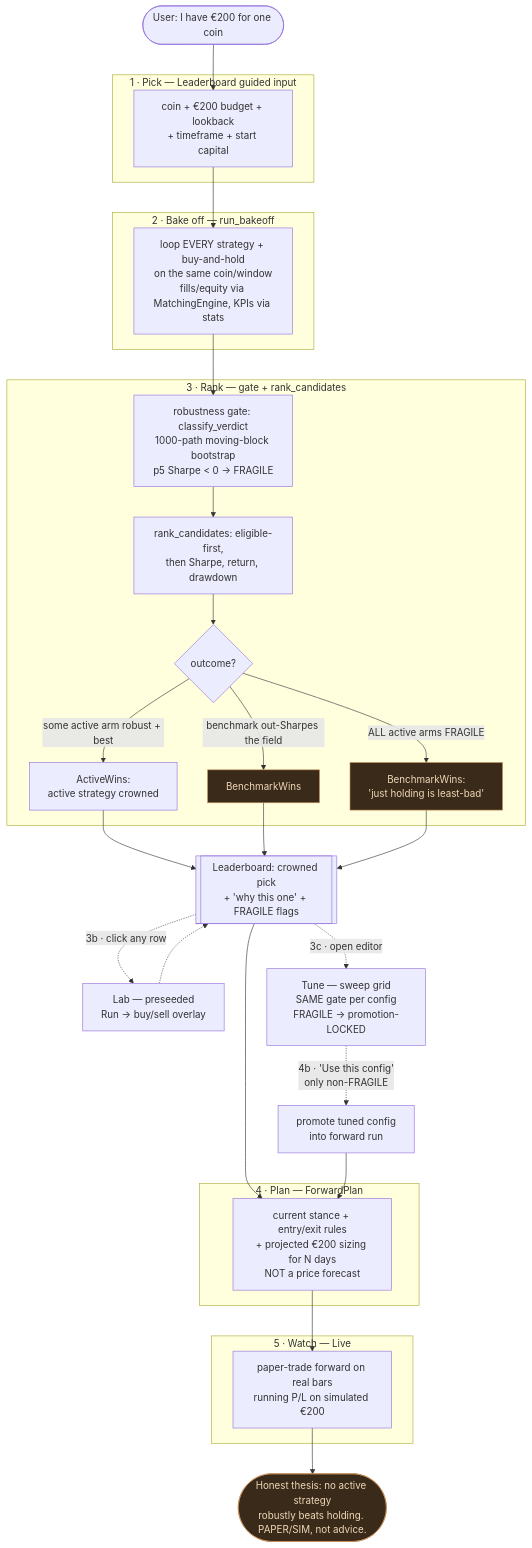
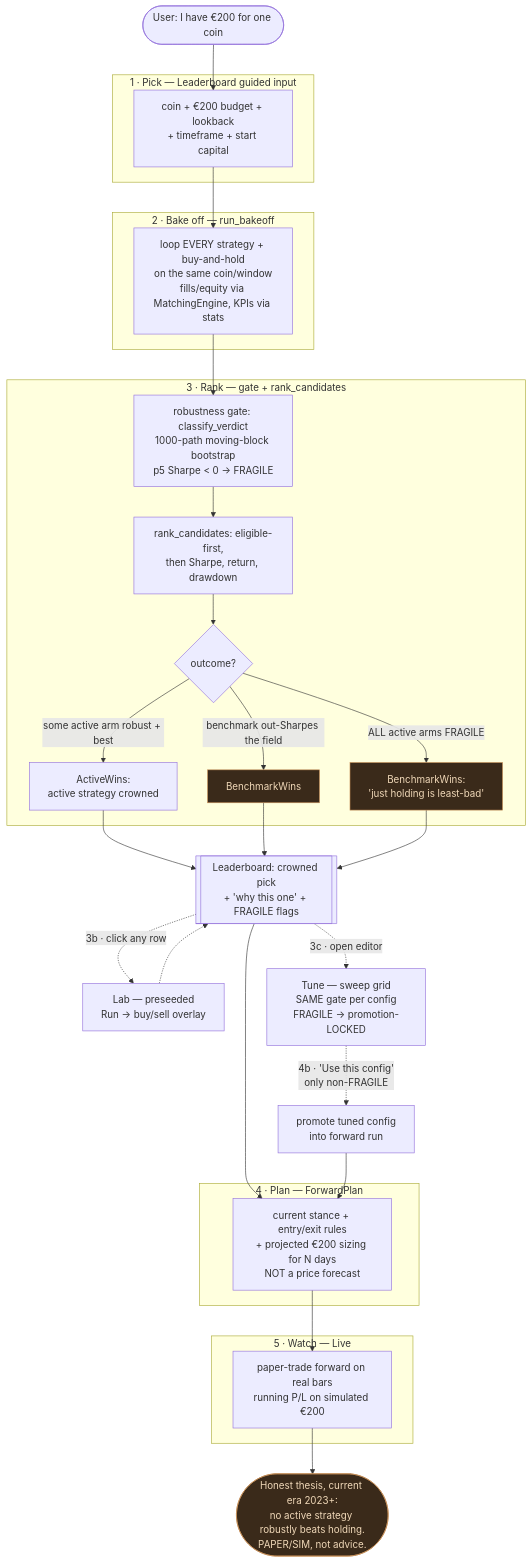
Before and after one commit to Orrimp/-Vibe-Trading: the first of 3 diagrams in doc/end-to-end.md, drawn with Mermaid. The commit also changed other lines of this file and 10 other files, not shown here.

````diff
--- a/doc/end-to-end.md
+++ b/doc/end-to-end.md
@@ -46,52 +47,52 @@
 ```mermaid
 flowchart TD
     Start([User: I have €200 for one coin]) --> Pick
 
     subgraph PICK [1 · Pick — Leaderboard guided input]
         Pick[coin + €200 budget + lookback<br/>+ timeframe + start capital]
     end
 
     Pick --> Bake
 
     subgraph BAKE [2 · Bake off — run_bakeoff]
         Bake[loop EVERY strategy + buy-and-hold<br/>on the same coin/window<br/>fills/equity via MatchingEngine, KPIs via stats]
     end
 
     Bake --> Gate
 
     subgraph RANK [3 · Rank — gate + rank_candidates]
         Gate[robustness gate: classify_verdict<br/>1000-path moving-block bootstrap<br/>p5 Sharpe < 0 → FRAGILE]
         Gate --> RankFn[rank_candidates: eligible-first,<br/>then Sharpe, return, drawdown]
         RankFn --> Outcome{outcome?}
         Outcome -->|some active arm robust + best| ActiveWins[ActiveWins:<br/>active strategy crowned]
         Outcome -->|benchmark out-Sharpes the field| BMW1[BenchmarkWins]
         Outcome -->|ALL active arms FRAGILE| BMW2[BenchmarkWins:<br/>'just holding is least-bad']
     end
 
     ActiveWins --> Board[[Leaderboard: crowned pick<br/>+ 'why this one' + FRAGILE flags]]
     BMW1 --> Board
     BMW2 --> Board
 
     Board -.->|3b · click any row| Inspect[Lab — preseeded<br/>Run → buy/sell overlay]
     Board -.->|3c · open editor| Tune[Tune — sweep grid<br/>SAME gate per config<br/>FRAGILE → promotion-LOCKED]
     Inspect -.-> Board
     Tune -.->|4b · 'Use this config'<br/>only non-FRAGILE| Promote[promote tuned config<br/>into forward run]
 
     Board --> Plan
     Promote --> Plan
 
     subgraph PLANS [4 · Plan — ForwardPlan]
         Plan[current stance + entry/exit rules<br/>+ projected €200 sizing for N days<br/>NOT a price forecast]
     end
 
     Plan --> Watch
 
     subgraph WATCH [5 · Watch — Live]
         Watch[paper-trade forward on real bars<br/>running P/L on simulated €200]
     end
 
-    Watch --> Honest([Honest thesis: no active strategy<br/>robustly beats holding. PAPER/SIM, not advice.])
+    Watch --> Honest([Honest thesis, current era 2023+:<br/>no active strategy robustly beats holding.<br/>PAPER/SIM, not advice.])
 
     classDef honesty fill:#3a2a1a,stroke:#c89058,color:#f0d8b8;
     class BMW1,BMW2,Honest honesty;
 ```
````
